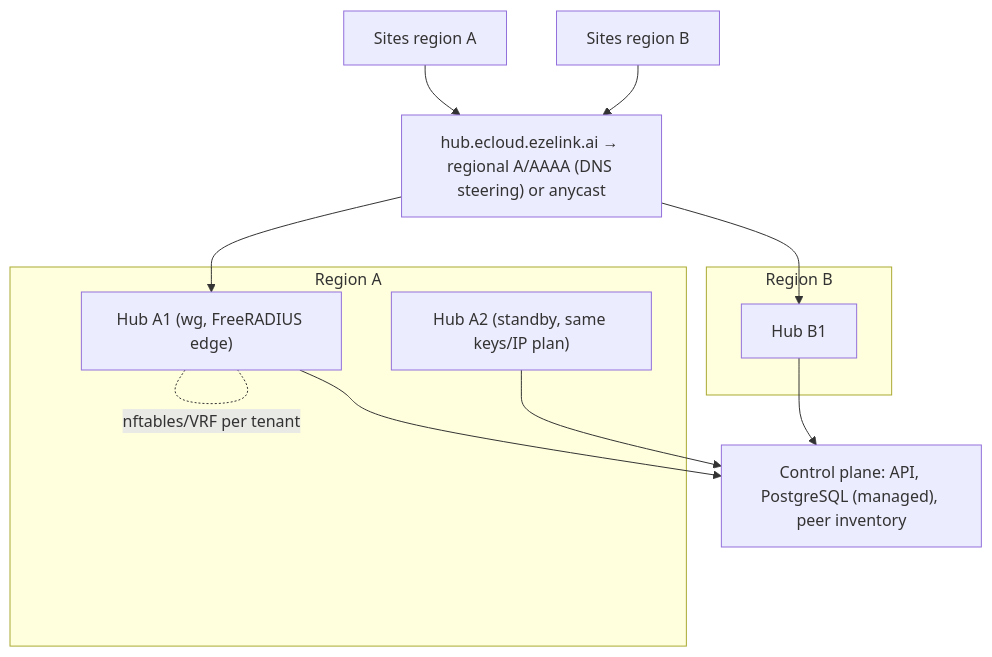
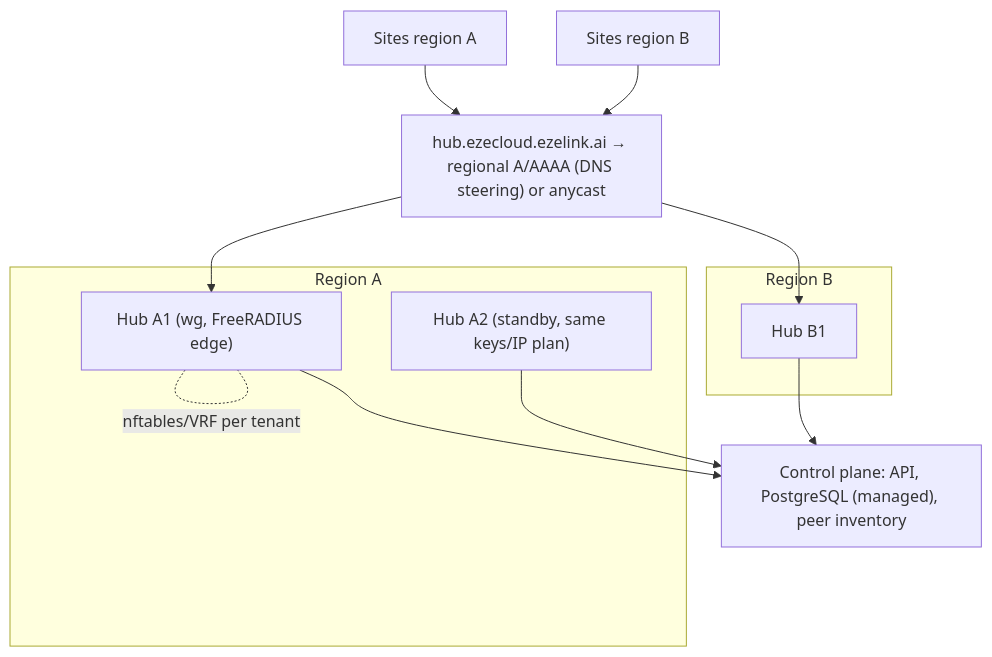
Before and after one commit to dannymagat/ecloud: the fifth of 5 diagrams in WIREGUARD_ARCHITECTURE.md, drawn with Mermaid. The commit also changed other lines of this file and 109 other files, not shown here.

````diff
--- a/WIREGUARD_ARCHITECTURE.md
+++ b/WIREGUARD_ARCHITECTURE.md
@@ -327,18 +327,18 @@
 ```mermaid
 flowchart TB
   subgraph Region A
     H1["Hub A1 (wg, FreeRADIUS edge)"]
     H2["Hub A2 (standby, same keys/IP plan)"]
   end
   subgraph Region B
     H3["Hub B1"]
   end
   CP["Control plane: API, PostgreSQL (managed), peer inventory"]
-  DNS["hub.ecloud.ezelink.ai → regional A/AAAA (DNS steering) or anycast"]
+  DNS["hub.ezecloud.ezelink.ai → regional A/AAAA (DNS steering) or anycast"]
   Sites1["Sites region A"] --> DNS --> H1
   Sites2["Sites region B"] --> DNS --> H3
   H1 --> CP
   H2 --> CP
   H3 --> CP
   H1 -. "nftables/VRF per tenant" .- H1
 ```
````
